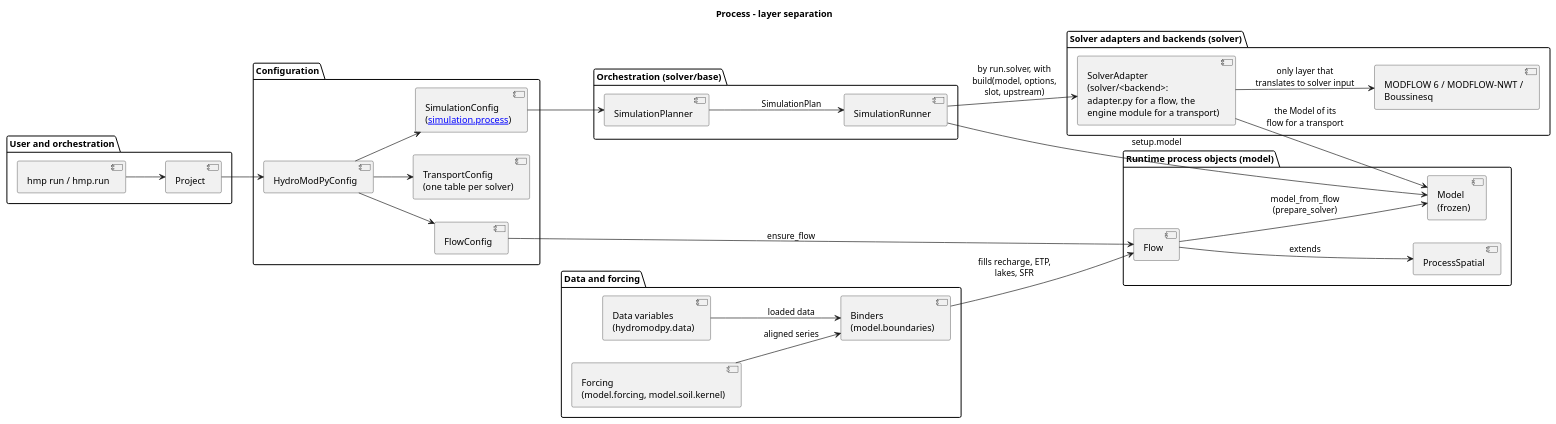
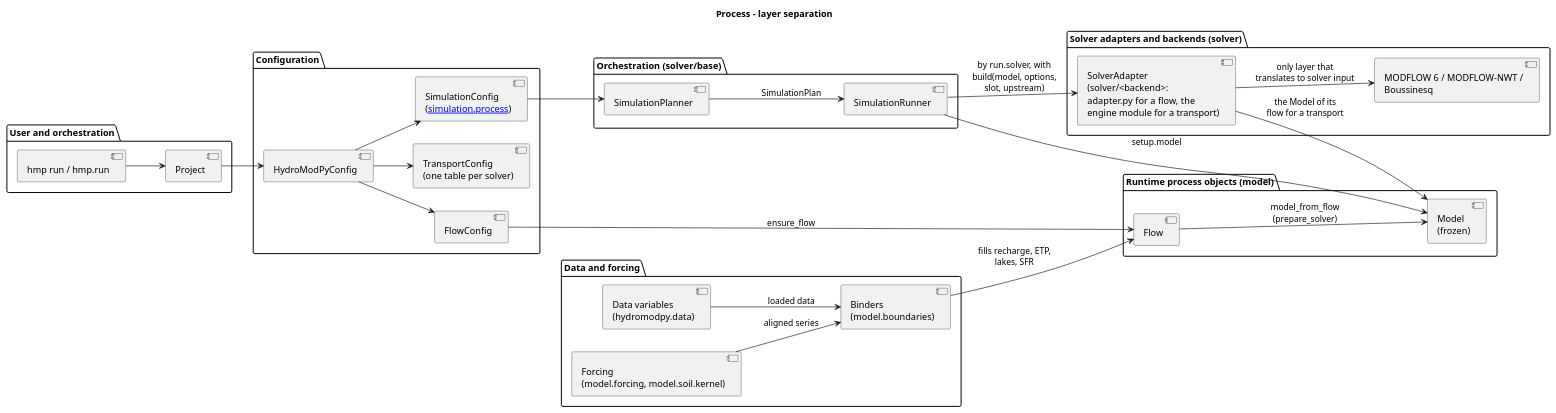
Before and after one commit to HydroModPy/HydroModPy: the diagram in docs/source/contribute/architecture/process/diagrams/process_layered_components.wsd, drawn with PlantUML. The commit also changed 1458 other files, not shown here.

```diff
--- a/docs/source/contribute/architecture/process/diagrams/process_layered_components.wsd
+++ b/docs/source/contribute/architecture/process/diagrams/process_layered_components.wsd
@@ -1,59 +1,57 @@
 @startuml
 title Process - layer separation
 left to right direction
 
 package "User and orchestration" {
   component "hmp run / hmp.run" as Entry
   component "Project" as ProjectFacade
 }
 
 package "Configuration" {
   component "HydroModPyConfig" as HydroModPyConfig
   component "FlowConfig" as FlowConfig
   component "TransportConfig\n(one table per solver)" as TransportConfig
   component "SimulationConfig\n([[simulation.process]])" as SimulationConfig
 }
 
 package "Data and forcing" {
   component "Data variables\n(hydromodpy.data)" as DataManagers
   component "Binders\n(model.boundaries)" as Binders
   component "Forcing\n(model.forcing, model.soil.kernel)" as Forcing
 }
 
 package "Runtime process objects (model)" {
-  component "ProcessSpatial" as ProcessSpatial
   component "Flow" as Flow
   component "Model\n(frozen)" as Model
 }
 
 package "Orchestration (solver/base)" {
   component "SimulationPlanner" as Planner
   component "SimulationRunner" as Runner
 }
 
 package "Solver adapters and backends (solver)" {
   component "SolverAdapter\n(solver/<backend>:\nadapter.py for a flow, the\nengine module for a transport)" as Adapter
   component "MODFLOW 6 / MODFLOW-NWT /\nBoussinesq" as Backends
 }
 
 Entry --> ProjectFacade
 ProjectFacade --> HydroModPyConfig
 HydroModPyConfig --> FlowConfig
 HydroModPyConfig --> TransportConfig
 HydroModPyConfig --> SimulationConfig
 
 FlowConfig --> Flow : ensure_flow
-Flow --> ProcessSpatial : extends
 
 DataManagers --> Binders : loaded data
 Forcing --> Binders : aligned series
 Binders --> Flow : fills recharge, ETP,\nlakes, SFR
 Flow --> Model : model_from_flow\n(prepare_solver)
 
 SimulationConfig --> Planner
 Planner --> Runner : SimulationPlan
 Runner --> Model : setup.model
 Runner --> Adapter : by run.solver, with\nbuild(model, options,\nslot, upstream)
 Adapter --> Model : the Model of its\nflow for a transport
 Adapter --> Backends : only layer that\ntranslates to solver input
 @enduml
```
